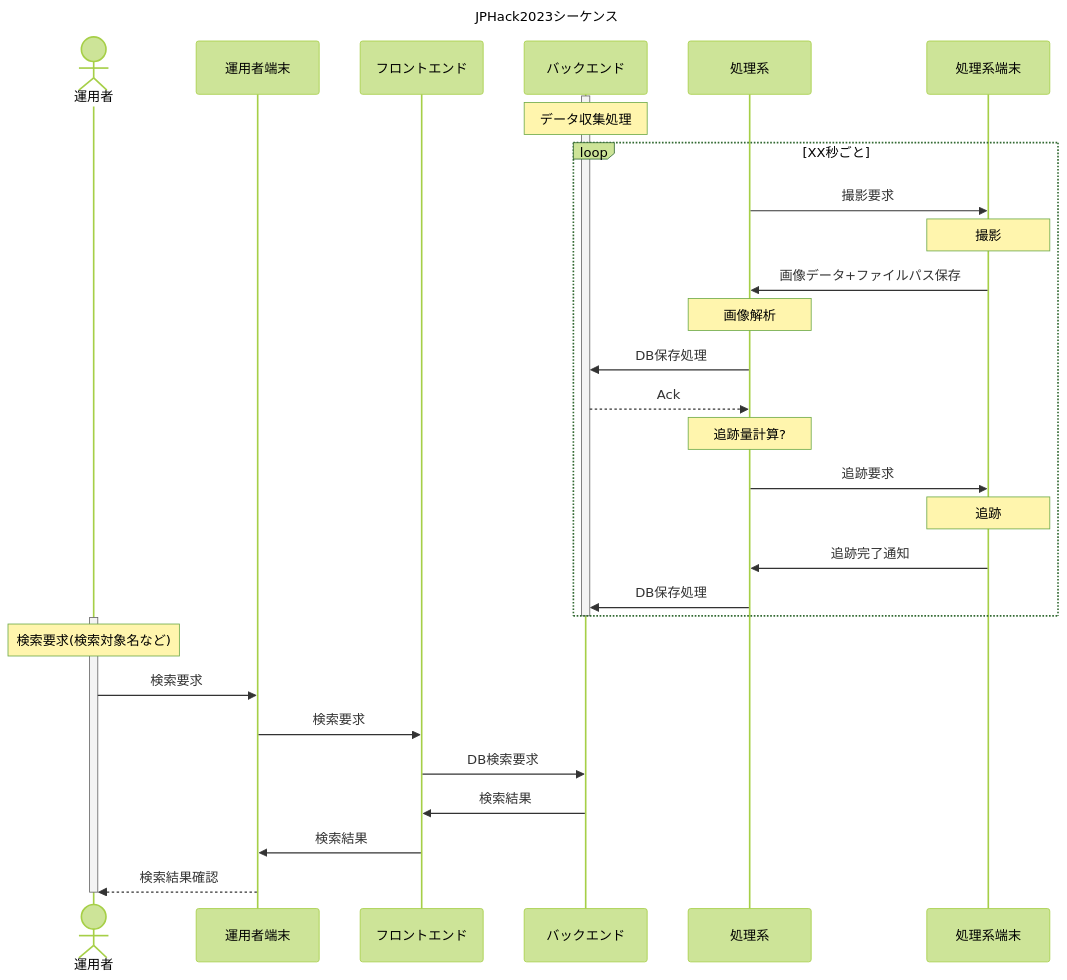
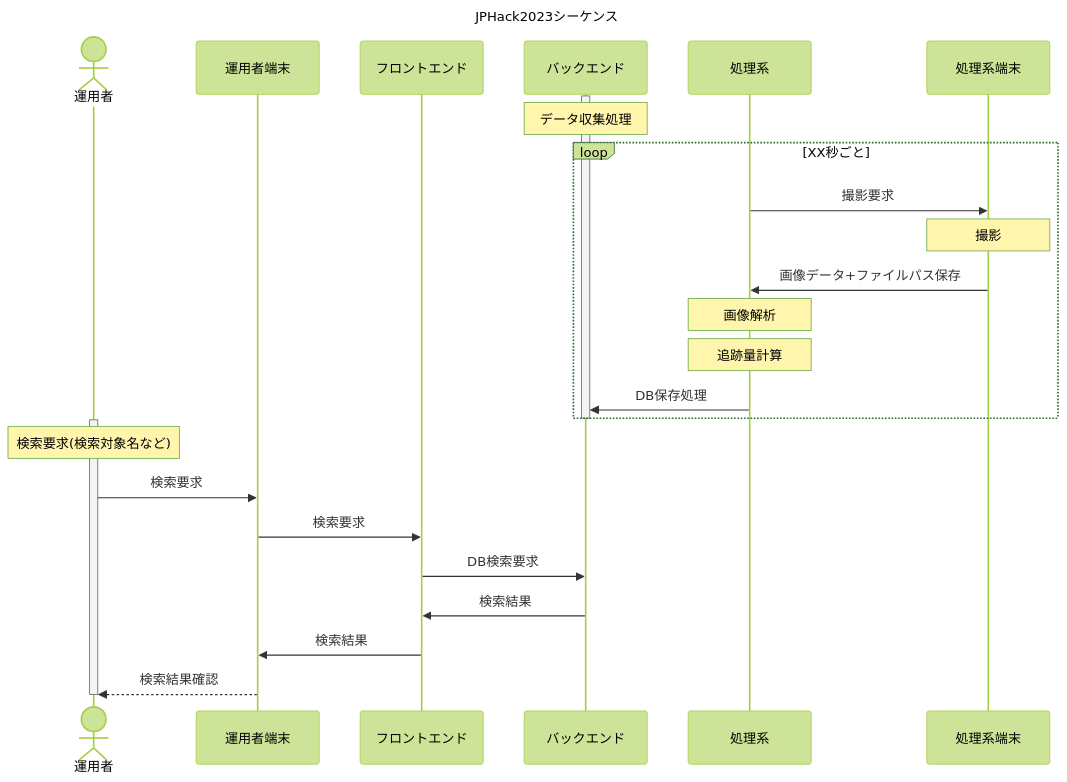
Before and after one commit to jphacks/KB_2302: the diagram in README.md, drawn with Mermaid (forest theme).

````diff
--- a/README.md
+++ b/README.md
@@ -8,38 +8,33 @@
 ```mermaid
 sequenceDiagram
 title JPHack2023シーケンス
 Actor O as 運用者
 participant Device_1 as 運用者端末
 participant Front as フロントエンド
 participant Back as バックエンド
 participant System as 処理系
 participant Device_2 as 処理系端末
 
 activate Back
 Note over Back: データ収集処理
 loop XX秒ごと
     System ->> Device_2 : 撮影要求
     Note over Device_2: 撮影
     Device_2 ->> System : 画像データ+ファイルパス保存
     Note over System: 画像解析
-    System ->> Back : DB保存処理
-    Back -->> System : Ack
-    Note over System: 追跡量計算?
-    System ->> Device_2 : 追跡要求
-    Note over Device_2: 追跡
-    Device_2 ->> System : 追跡完了通知
+    Note over System: 追跡量計算
     System ->> Back : DB保存処理
 end
 Deactivate Back
 
 activate O
 Note over O: 検索要求(検索対象名など)
 O ->> Device_1 : 検索要求
 Device_1 ->> Front : 検索要求
 Front ->> Back : DB検索要求
 Back ->> Front : 検索結果
 Front ->> Device_1 : 検索結果
 Device_1 -->> O : 検索結果確認
 Deactivate O
 
 ```
````
